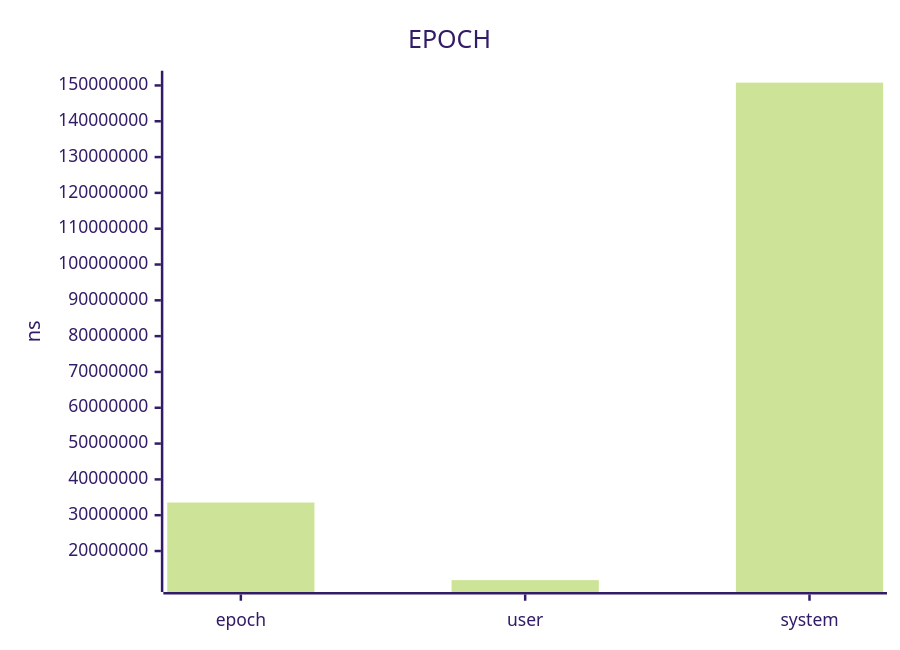
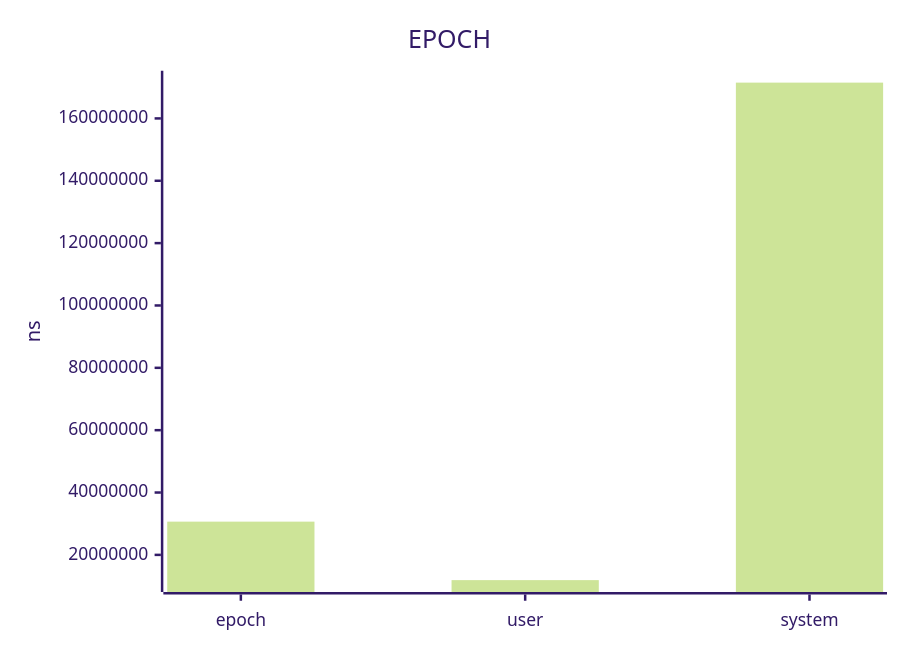
One commit to jrengmusic/saw changed the diagram in benchmark/saw-find-literal-vs-grep-report.md. Above: the diagram before and after it, drawn with Mermaid (forest theme). The commit also changed other lines of this file and 434 other files, not shown here.

````diff
--- a/benchmark/saw-find-literal-vs-grep-report.md
+++ b/benchmark/saw-find-literal-vs-grep-report.md
@@ -19,7 +26,7 @@
 ```mermaid
 xychart-beta
 title "EPOCH"
 x-axis ["epoch", "user", "system"]
 y-axis "ns"
-bar [33543458.33333333209156990, 11873000.00000000000000000, 150788000.00000000000000000]
+bar [30659875.00000000000000000, 11901000.00000000000000000, 171483000.00000000000000000]
 ```
````
